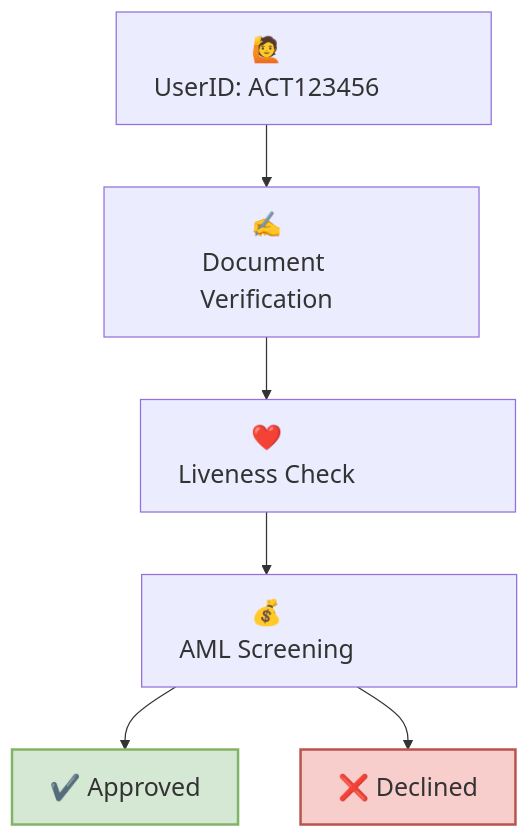
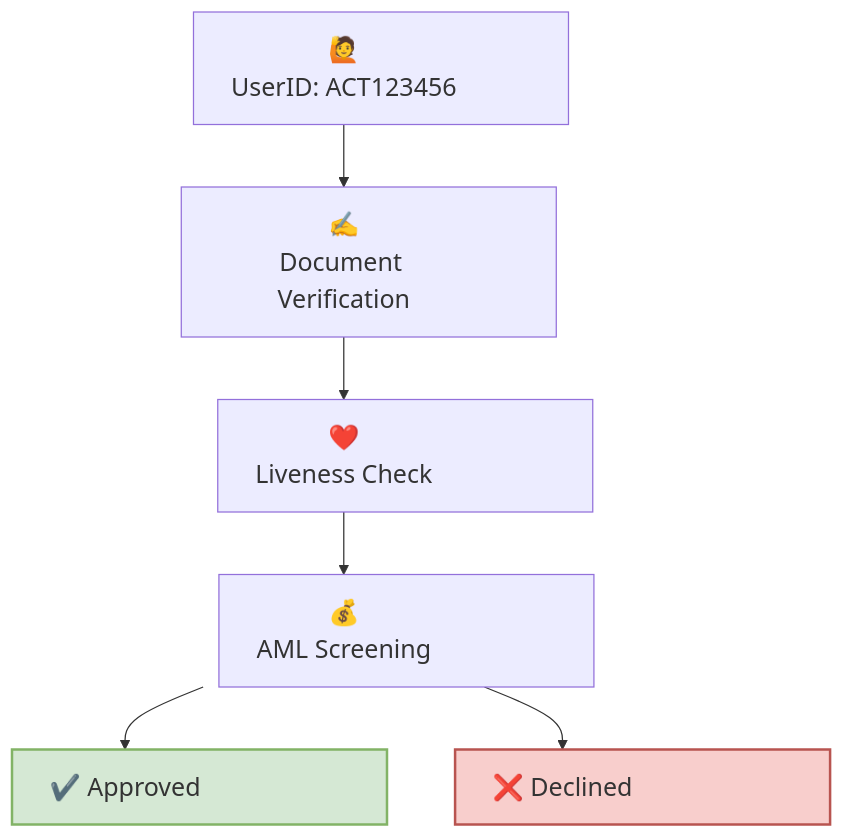
One commit to Fantastic-Devs/Mintlify changed the diagram in id/id.mdx. Above: the diagram before and after it, drawn with Mermaid.

````diff
--- a/id/id.mdx
+++ b/id/id.mdx
@@ -17,32 +17,28 @@
 ```mermaid
 
 graph TB;
     A["🙋<br />UserID: ACT123456"]
     B["✍<br />Document Verification"];
     C["❤️<br />Liveness Check"];
     D["💰<br />AML Screening"];
     E["✔️ Approved"];
     F["❌ Declined"];
 
     A --> B;
     B --> C;
     C --> D;
     D --> E;
     D --> F;
     %% Classes
-    classDef largeText font-size:20px;
+    classDef largeText font-size:20px, width:300px, text-align:center;
     class A largeText;
     class B largeText;
     class C largeText;
     class D largeText;
     class E largeText;
     class F largeText;
  
-    style A width:300px, text-align:center;
-    style B width:300px, text-align:center;
-    style C width:300px, text-align:center;
-    style D width:300px, text-align:center;
     style E fill:#d5e8d4,stroke:#82b366,stroke-width:2px;
     style F fill:#f8cecc,stroke:#b85450,stroke-width:2px;
 
 ```
````
